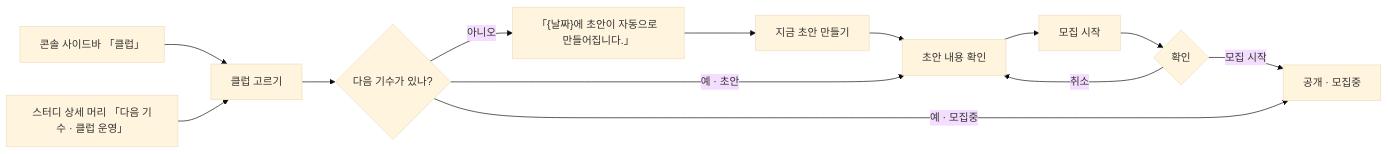
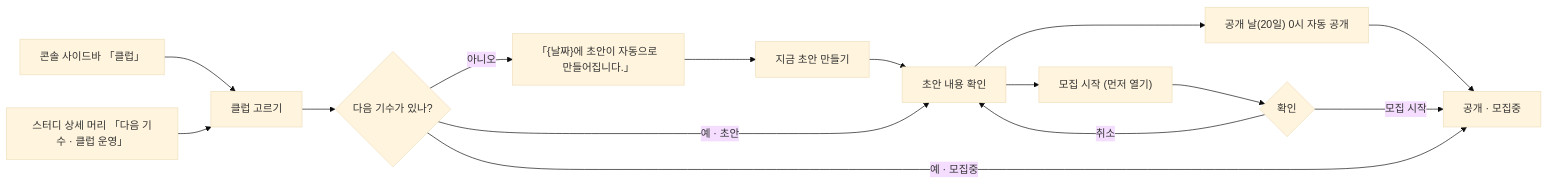
Before and after one commit to StudyClub-PlusPlus/studyclub-engineering: the first of 2 diagrams in 01-planning/stories/captain-reregister-cohort/PRD.md, drawn with Mermaid (base theme). The commit also changed other lines of this file and 13 other files, not shown here.

````diff
--- a/01-planning/stories/captain-reregister-cohort/PRD.md
+++ b/01-planning/stories/captain-reregister-cohort/PRD.md
@@ -13,13 +13,14 @@
 ```mermaid
 flowchart LR
   A["콘솔 사이드바 「클럽」"] --> B["클럽 고르기"]
   S["스터디 상세 머리 「다음 기수 · 클럽 운영」"] --> B
   B --> C{"다음 기수가 있나?"}
   C -->|아니오| D["「{날짜}에 초안이 자동으로 만들어집니다.」"]
   D --> E["지금 초안 만들기"] --> F
   C -->|예 · 초안| F["초안 내용 확인"]
-  F --> G["모집 시작"] --> H{"확인"}
+  F --> P["공개 날(20일) 0시 자동 공개"] --> I
+  F --> G["모집 시작 (먼저 열기)"] --> H{"확인"}
   H -->|취소| F
   H -->|모집 시작| I["공개 · 모집중"]
   C -->|예 · 모집중| I
 ```
````
